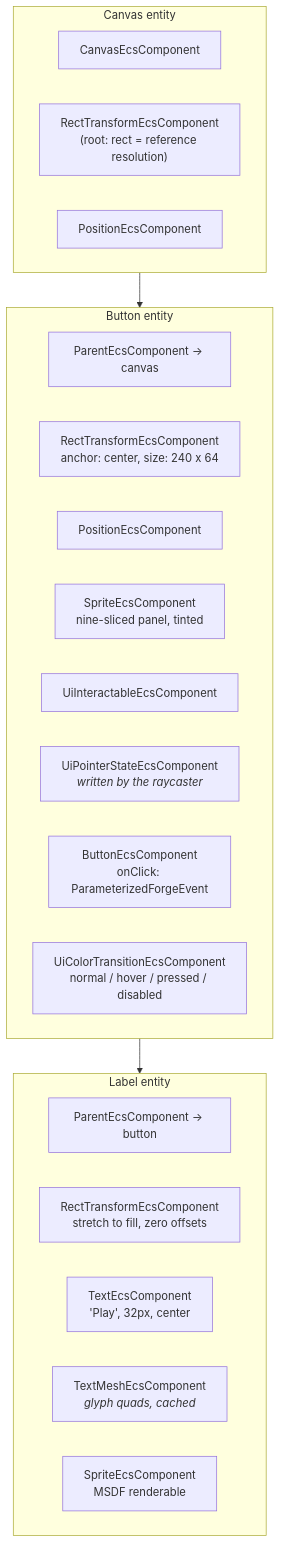
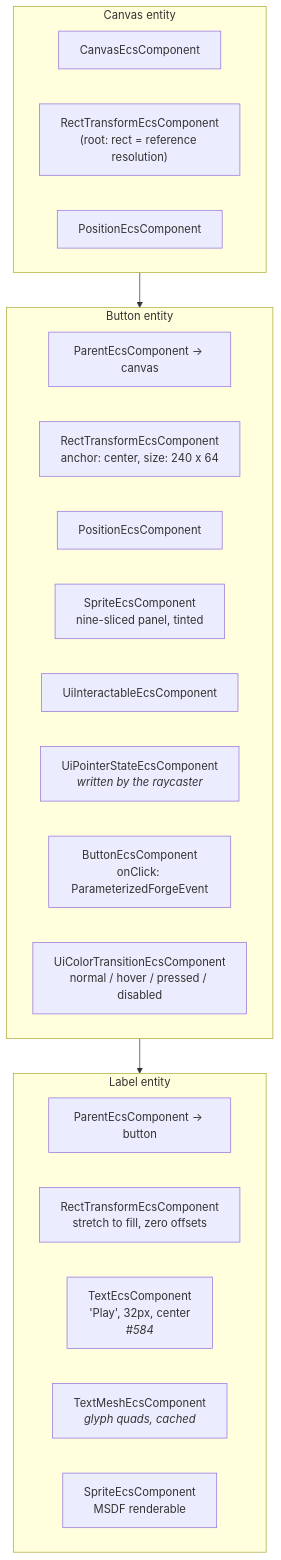
Before and after one commit to Forge-Game-Engine/Forge: the second of 6 diagrams in design/ui-system.md, drawn with Mermaid. The commit also changed other lines of this file, not shown here.

First line of the commit message:
docs(ui): move text rendering out of scope, tracked in #584

````diff
--- a/design/ui-system.md
+++ b/design/ui-system.md
@@ -275,29 +283,29 @@
 ```mermaid
 flowchart TD
     subgraph canvas["Canvas entity"]
         C1["CanvasEcsComponent"]
         C2["RectTransformEcsComponent<br/>(root: rect = reference resolution)"]
         C3["PositionEcsComponent"]
     end
 
     subgraph button["Button entity"]
         B1["ParentEcsComponent → canvas"]
         B2["RectTransformEcsComponent<br/>anchor: center, size: 240 x 64"]
         B3["PositionEcsComponent"]
         B4["SpriteEcsComponent<br/>nine-sliced panel, tinted"]
         B5["UiInteractableEcsComponent"]
         B6["UiPointerStateEcsComponent<br/><i>written by the raycaster</i>"]
         B7["ButtonEcsComponent<br/>onClick: ParameterizedForgeEvent"]
         B8["UiColorTransitionEcsComponent<br/>normal / hover / pressed / disabled"]
     end
 
     subgraph label["Label entity"]
         L1["ParentEcsComponent → button"]
         L2["RectTransformEcsComponent<br/>stretch to fill, zero offsets"]
-        L3["TextEcsComponent<br/>'Play', 32px, center"]
+        L3["TextEcsComponent<br/>'Play', 32px, center<br/><i>#584</i>"]
         L4["TextMeshEcsComponent<br/><i>glyph quads, cached</i>"]
         L5["SpriteEcsComponent<br/>MSDF renderable"]
     end
 
     canvas --> button --> label
 ```
````
